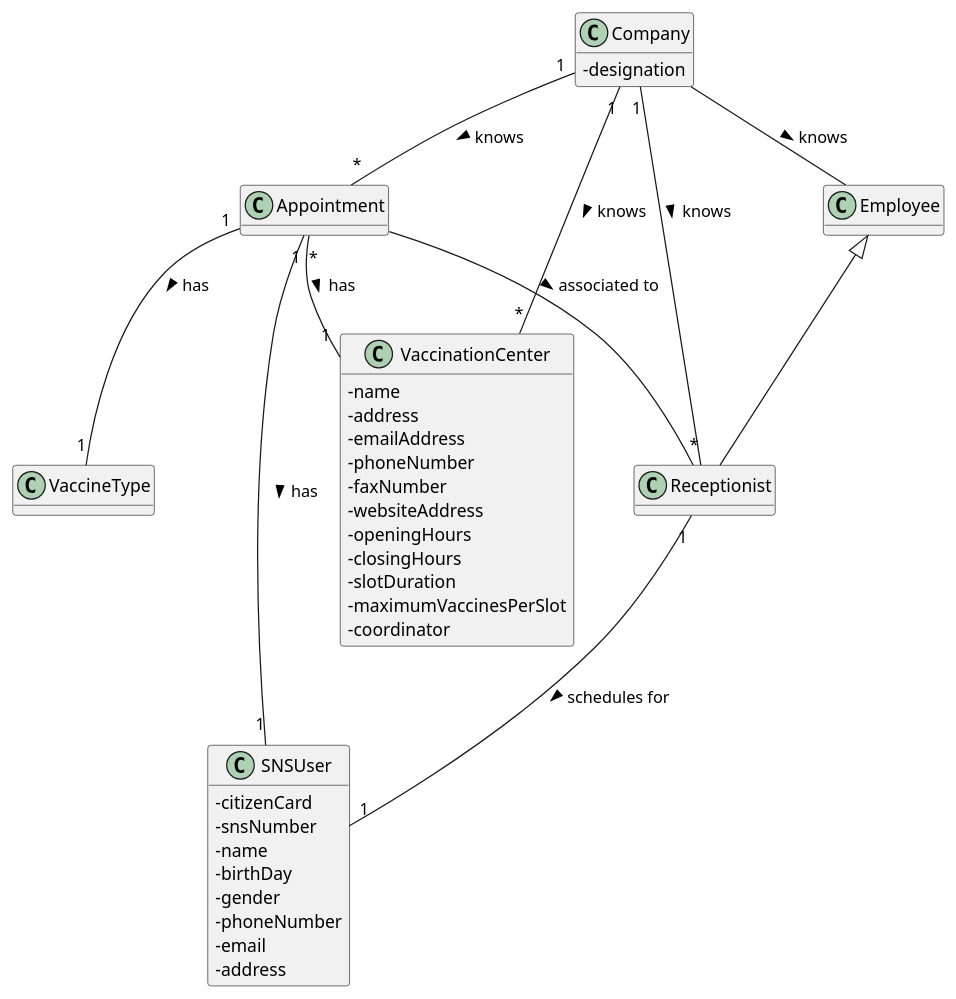
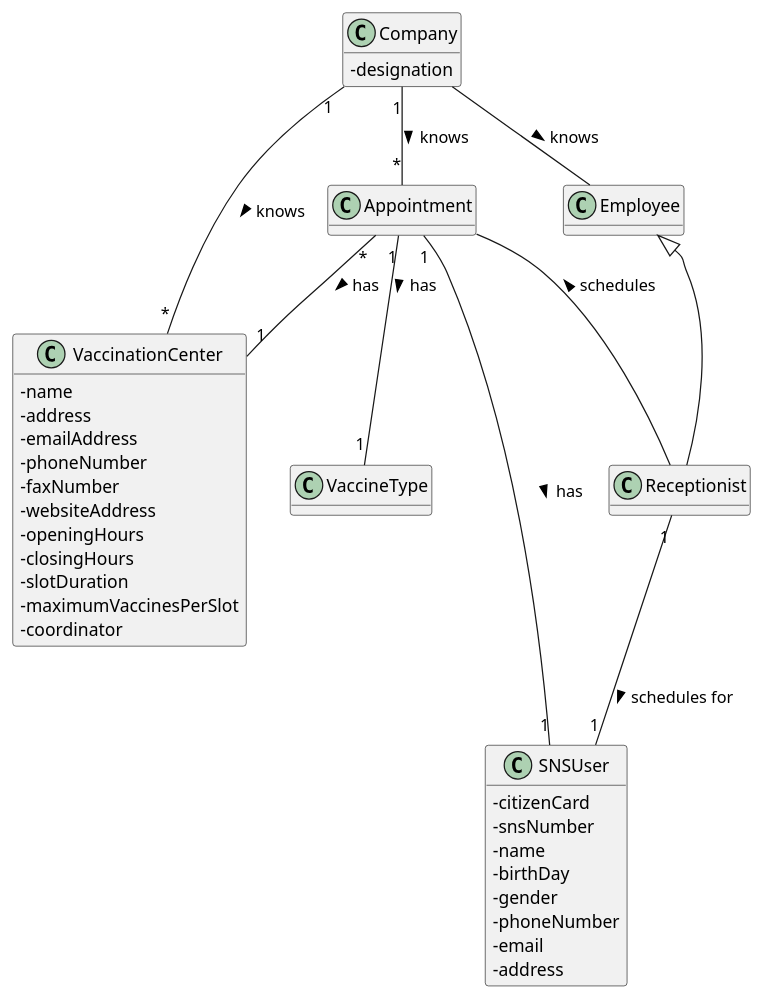
The diagram in docs/SprintC/US02/DM/US02_DM.puml (miseEnPlace-i/lapr2), drawn with PlantUML before and after one commit. The commit also changed 3 other files, not shown here.

```diff
--- a/docs/SprintC/US02/DM/US02_DM.puml
+++ b/docs/SprintC/US02/DM/US02_DM.puml
@@ -1,55 +1,54 @@
 @startuml  US02_DM
 hide methods
 skinparam classAttributeIconSize 0
 
 
 class Appointment {}
 
 class VaccineType {}
 
 class SNSUser {
   - citizenCard
   - snsNumber
   - name
   - birthDay
   - gender
   - phoneNumber
   - email
   - address
 }
 
 class VaccinationCenter{
   -name
   -address
   -emailAddress
   -phoneNumber
   -faxNumber
   -websiteAddress
   -openingHours  
   -closingHours
   -slotDuration
   -maximumVaccinesPerSlot
   -coordinator
 }
 
 class Company{
   -designation
 }
 
 class Receptionist {}
 
 class Employee {}
 
 Company "1" -- "*" Appointment : knows >
 Appointment "1"  -- "1" VaccineType : has >
 Appointment "*" -- "1" VaccinationCenter : has >
 Company "1" -- "*" VaccinationCenter : knows >
-Appointment -- Receptionist : associated to >
+Appointment -- Receptionist : schedules <
 Receptionist "1" -- "1" SNSUser : schedules for >
-Company "1" -- "*" Receptionist : knows >
 Appointment "1" -- "1" SNSUser : has >
 Employee <|-- Receptionist
 Company -- Employee : knows >
 
 
 @enduml
```
